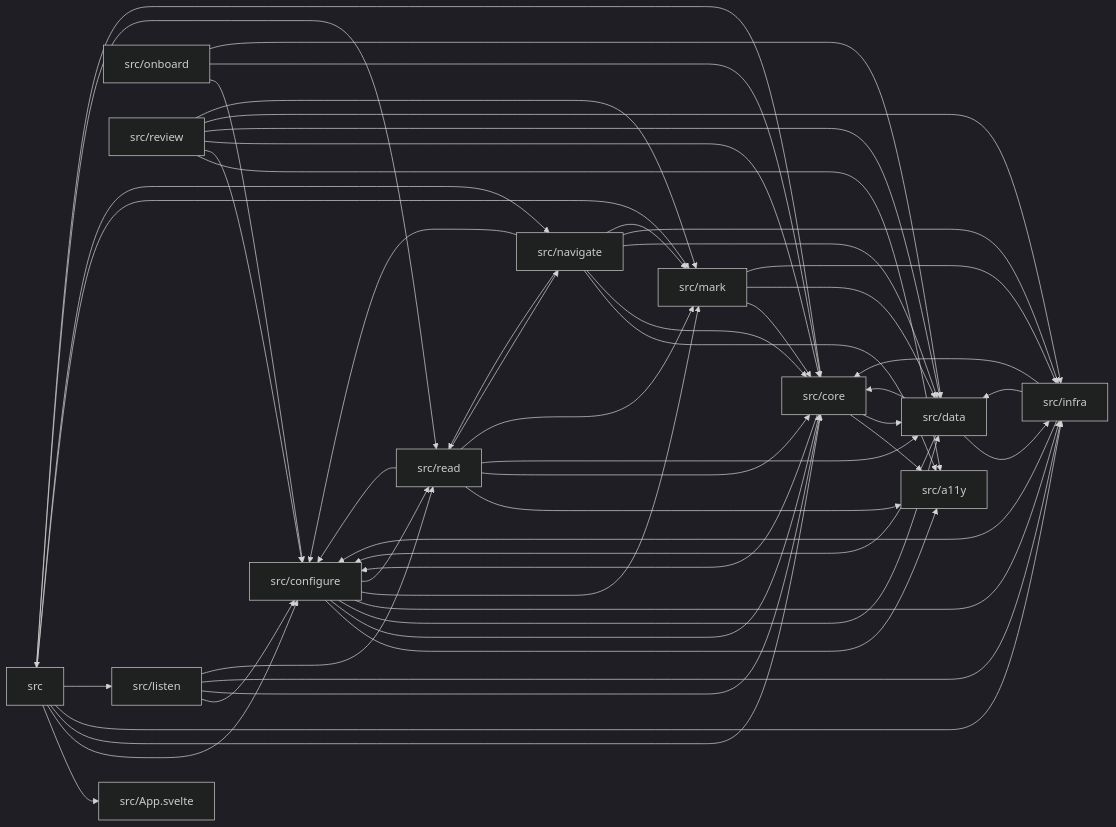
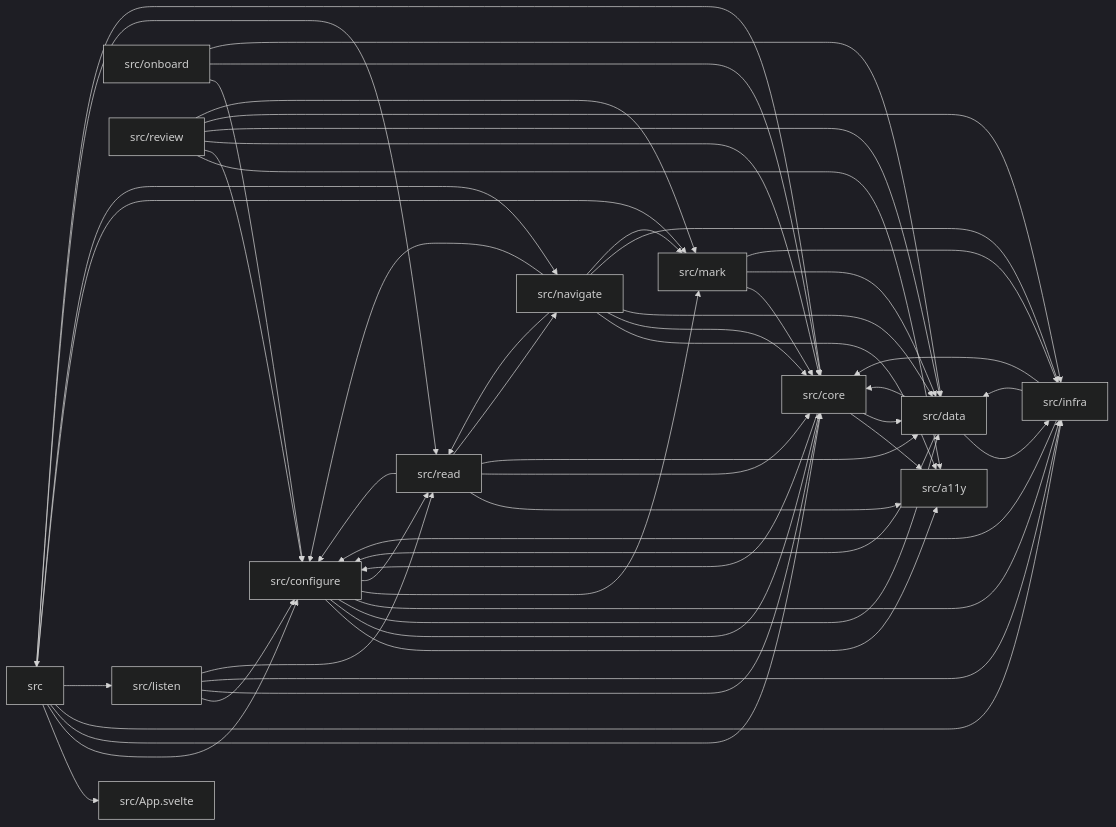
The diagram in docs/context/module-graph.md (Omar-MD/QuranAtlas), drawn with Mermaid (dark theme) before and after one commit. The commit also changed other lines of this file and 78 other files, not shown here.

````diff
--- a/docs/context/module-graph.md
+++ b/docs/context/module-graph.md
@@ -10,69 +10,68 @@
 ```mermaid
 graph LR
   src["src"]
   src_App_svelte["src/App.svelte"]
   src_a11y["src/a11y"]
   src_configure["src/configure"]
   src_core["src/core"]
   src_data["src/data"]
   src_infra["src/infra"]
   src_listen["src/listen"]
   src_mark["src/mark"]
   src_navigate["src/navigate"]
   src_onboard["src/onboard"]
   src_read["src/read"]
   src_review["src/review"]
   src --> src_App_svelte
   src --> src_configure
   src --> src_core
   src --> src_infra
   src --> src_listen
   src --> src_mark
   src --> src_navigate
   src --> src_read
   src_configure --> src_a11y
   src_configure --> src_core
   src_configure --> src_data
   src_configure --> src_infra
   src_configure --> src_mark
   src_configure --> src_read
   src_core --> src
   src_core --> src_a11y
   src_core --> src_configure
   src_core --> src_data
   src_data --> src_configure
   src_data --> src_core
   src_data --> src_infra
   src_infra --> src_configure
   src_infra --> src_core
   src_infra --> src_data
   src_listen --> src_configure
   src_listen --> src_core
   src_listen --> src_infra
   src_listen --> src_read
   src_mark --> src_core
   src_mark --> src_data
   src_mark --> src_infra
   src_navigate --> src_a11y
   src_navigate --> src_configure
   src_navigate --> src_core
   src_navigate --> src_data
   src_navigate --> src_infra
   src_navigate --> src_mark
   src_navigate --> src_read
   src_onboard --> src_configure
   src_onboard --> src_core
   src_onboard --> src_data
   src_read --> src_a11y
   src_read --> src_configure
   src_read --> src_core
   src_read --> src_data
-  src_read --> src_mark
   src_read --> src_navigate
   src_review --> src_a11y
   src_review --> src_configure
   src_review --> src_core
   src_review --> src_data
   src_review --> src_infra
   src_review --> src_mark
 ```
````
